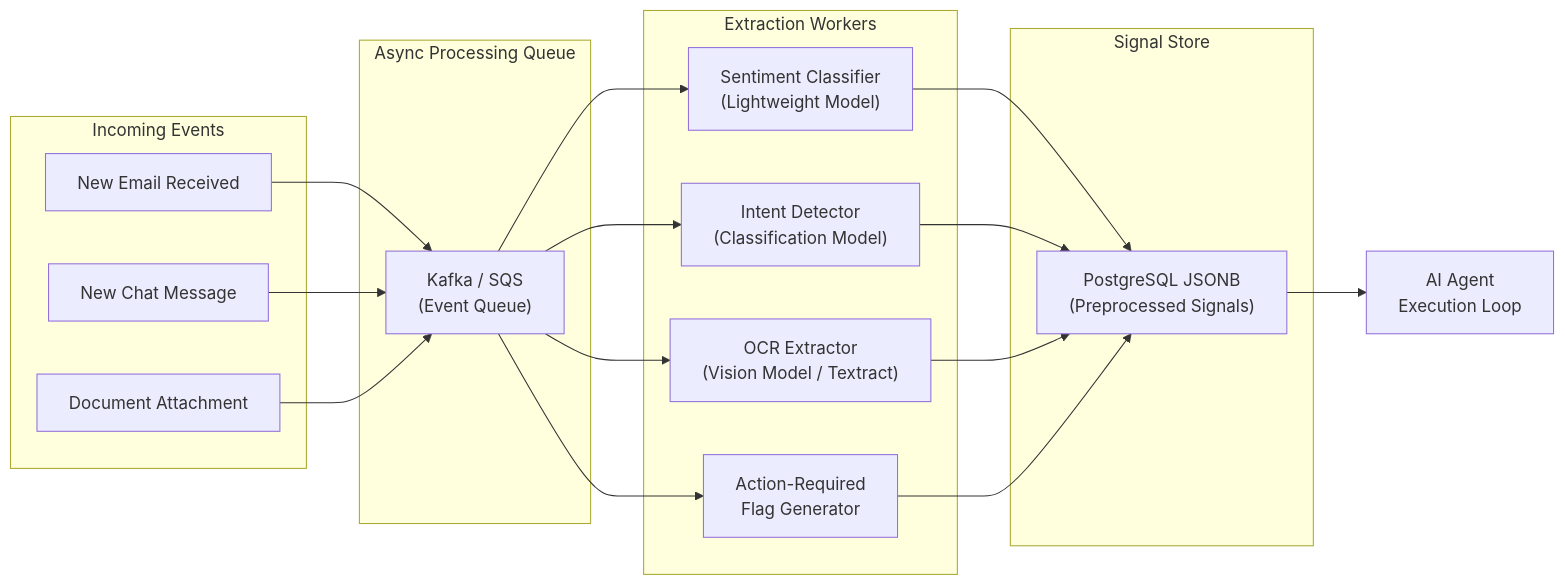
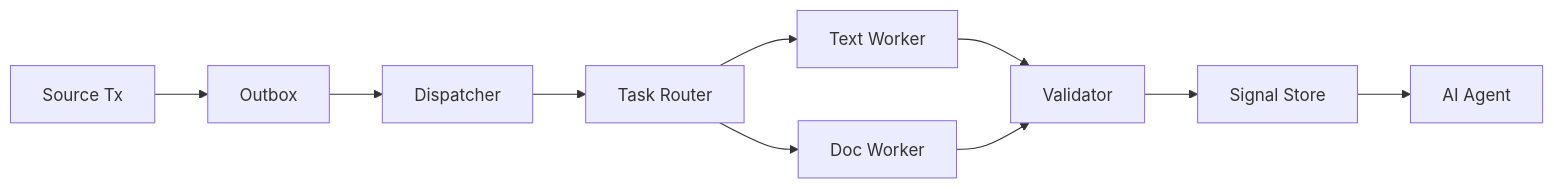
Before and after one commit to ohadleshno/ohad-leshno-blog: the diagram in content/tech-blog/he/building-an-effective-context-layer-part-6.md, drawn with Mermaid. The commit also changed other lines of this file and 65 other files, not shown here.

````diff
--- a/content/tech-blog/he/building-an-effective-context-layer-part-6.md
+++ b/content/tech-blog/he/building-an-effective-context-layer-part-6.md
@@ -80,30 +91,12 @@
 ```mermaid
 flowchart LR
-    subgraph Triggers["Incoming Events"]
-        Email["New Email Received"]
-        Chat["New Chat Message"]
-        Doc["Document Attachment"]
-    end
-
-    subgraph Queue["Async Processing Queue"]
-        Email --> Kafka["Kafka / SQS\n(Event Queue)"]
-        Chat --> Kafka
-        Doc --> Kafka
-    end
-
-    subgraph Workers["Extraction Workers"]
-        Kafka --> Sentiment["Sentiment Classifier\n(Lightweight Model)"]
-        Kafka --> Intent["Intent Detector\n(Classification Model)"]
-        Kafka --> OCR["OCR Extractor\n(Vision Model / Textract)"]
-        Kafka --> ActionFlag["Action-Required\nFlag Generator"]
-    end
-
-    subgraph Store["Signal Store"]
-        Sentiment --> DB["PostgreSQL JSONB\n(Preprocessed Signals)"]
-        Intent --> DB
-        OCR --> DB
-        ActionFlag --> DB
-    end
-
-    DB --> Agent["AI Agent\nExecution Loop"]
+    Source["Source Tx"] --> Outbox["Outbox"]
+    Outbox --> Dispatch["Dispatcher"]
+    Dispatch --> Router["Task Router"]
+    Router --> Text["Text Worker"]
+    Router --> Doc["Doc Worker"]
+    Text --> Check["Validator"]
+    Doc --> Check
+    Check --> Store["Signal Store"]
+    Store --> Agent["AI Agent"]
 ```
````
